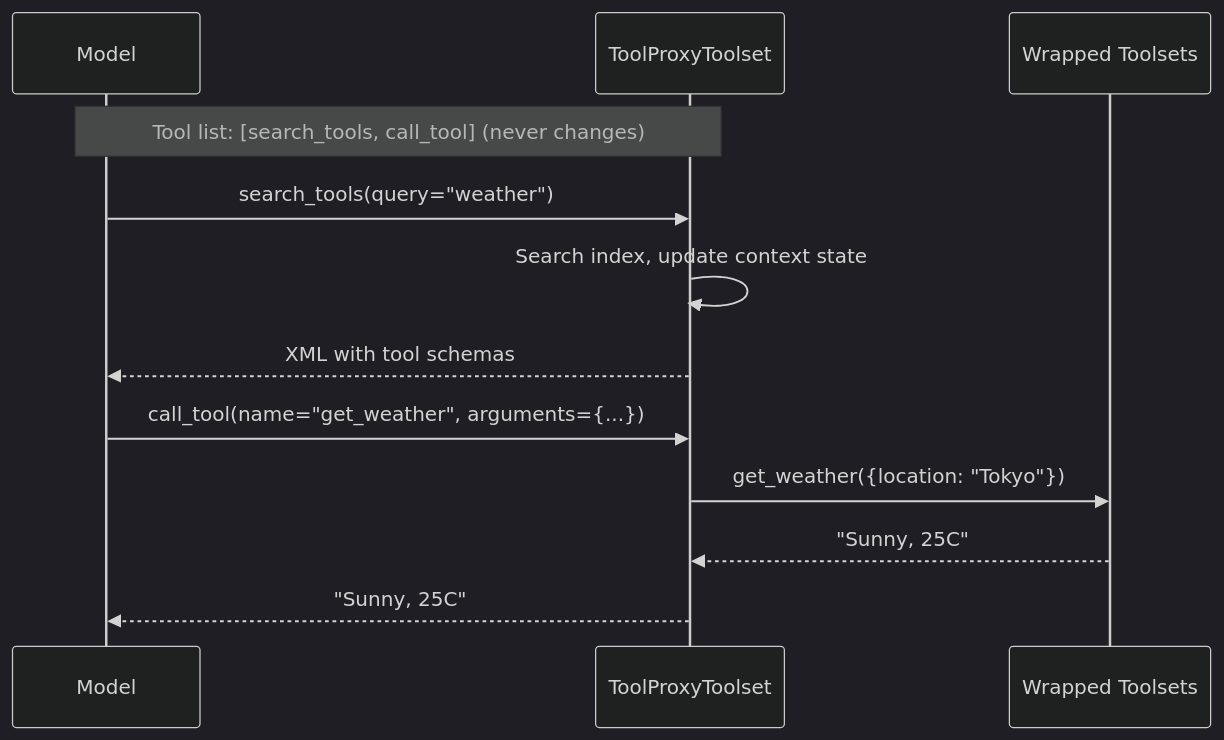
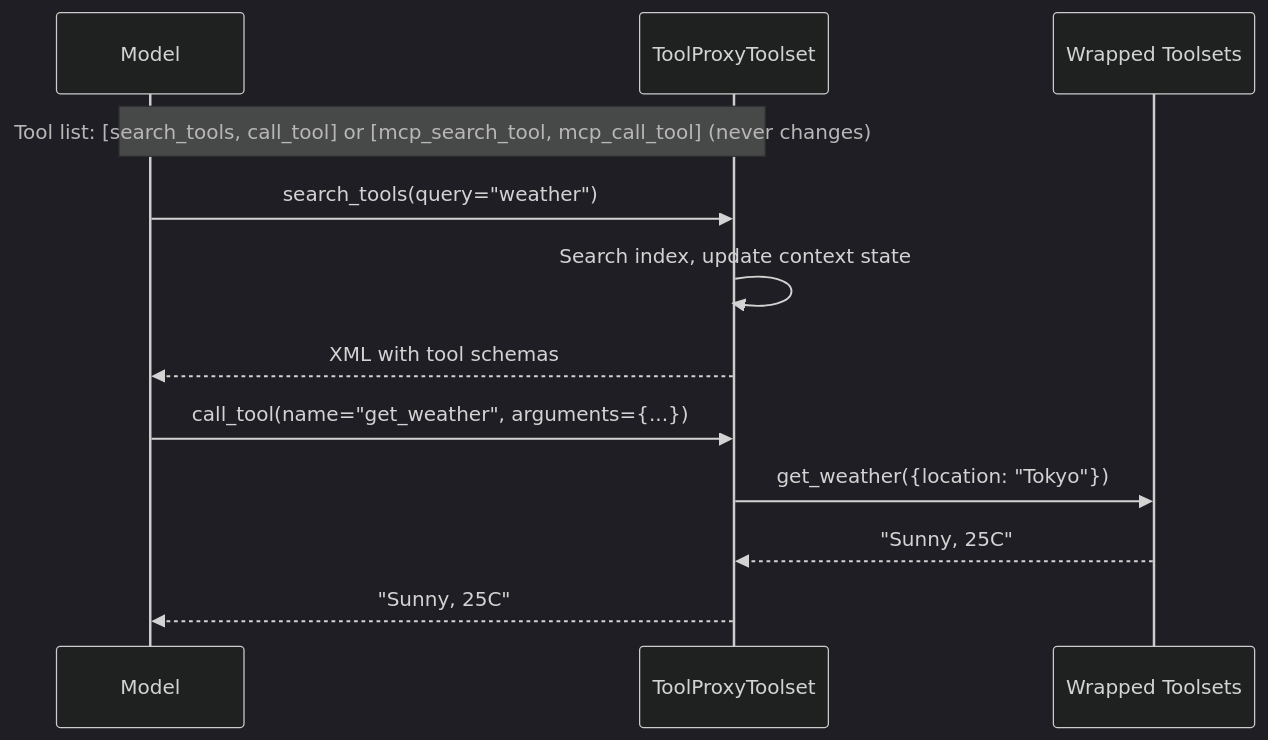
One commit to Alexsu26/ya-mono changed the diagram in skills/agent-builder/tool-proxy.md. Above: the diagram before and after it, drawn with Mermaid (dark theme). The commit also changed other lines of this file and 7 other files, not shown here.

First line of the commit message:
feat(tool-proxy): add prefixed MCP proxy tools (#288)

````diff
--- a/skills/agent-builder/tool-proxy.md
+++ b/skills/agent-builder/tool-proxy.md
@@ -41,17 +48,17 @@
 ```mermaid
 sequenceDiagram
     participant Model
     participant ToolProxy as ToolProxyToolset
     participant Underlying as Wrapped Toolsets
 
-    Note over Model,ToolProxy: Tool list: [search_tools, call_tool] (never changes)
+    Note over Model,ToolProxy: Tool list: [search_tools, call_tool] or [mcp_search_tool, mcp_call_tool] (never changes)
 
     Model->>ToolProxy: search_tools(query="weather")
     ToolProxy->>ToolProxy: Search index, update context state
     ToolProxy-->>Model: XML with tool schemas
 
     Model->>ToolProxy: call_tool(name="get_weather", arguments={...})
     ToolProxy->>Underlying: get_weather({location: "Tokyo"})
     Underlying-->>ToolProxy: "Sunny, 25C"
     ToolProxy-->>Model: "Sunny, 25C"
 ```
````
